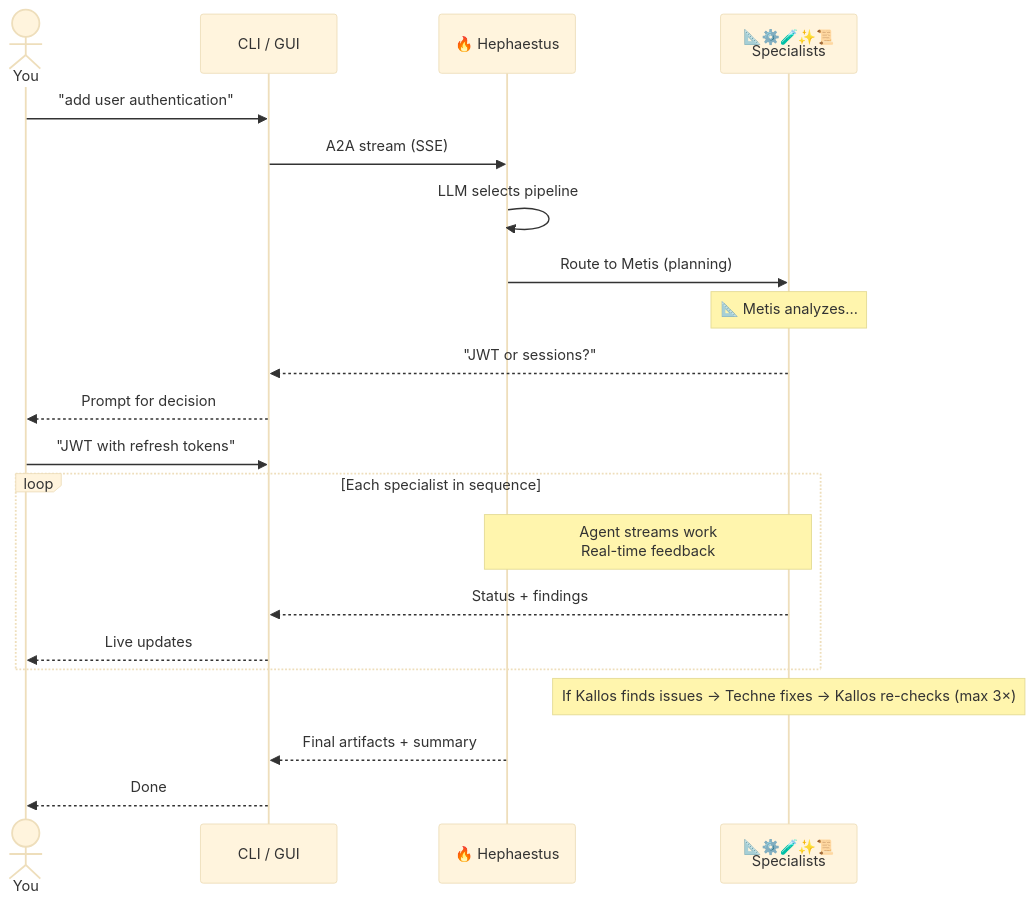
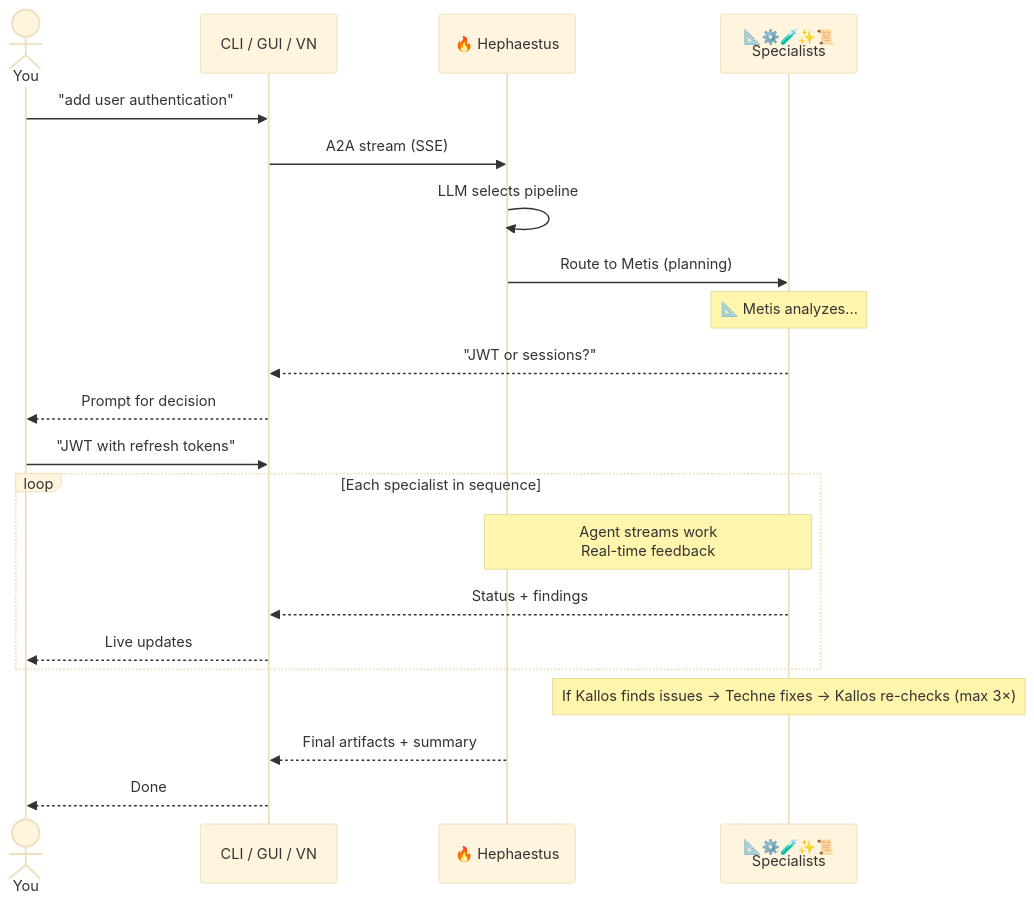
The diagram in docs/overview.md (ajbarea/kourai-khryseai), drawn with Mermaid (base theme) before and after one commit. The commit also changed other lines of this file and 5 other files, not shown here.

````diff
--- a/docs/overview.md
+++ b/docs/overview.md
@@ -45,27 +56,27 @@
 ```mermaid
 sequenceDiagram
     actor You
-    participant UI as CLI / GUI
+    participant UI as CLI / GUI / VN
     participant Hephaestus as 🔥 Hephaestus
     participant Specialists as 📐⚙️🧪✨📜<br/>Specialists
 
     You->>UI: "add user authentication"
     UI->>Hephaestus: A2A stream (SSE)
     Hephaestus->>Hephaestus: LLM selects pipeline
 
     Hephaestus->>Specialists: Route to Metis (planning)
     Note over Specialists: 📐 Metis analyzes...
     Specialists-->>UI: "JWT or sessions?"
     UI-->>You: Prompt for decision
     You->>UI: "JWT with refresh tokens"
 
     loop Each specialist in sequence
         Note over Specialists,Hephaestus: Agent streams work<br/>Real-time feedback
         Specialists-->>UI: Status + findings
         UI-->>You: Live updates
     end
 
     Note over Specialists: If Kallos finds issues → Techne fixes → Kallos re-checks (max 3×)
     Hephaestus-->>UI: Final artifacts + summary
     UI-->>You: Done
 ```
````
